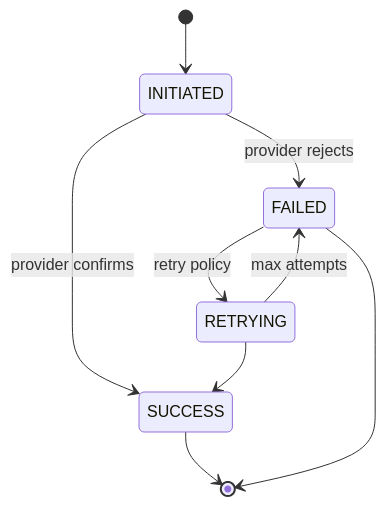
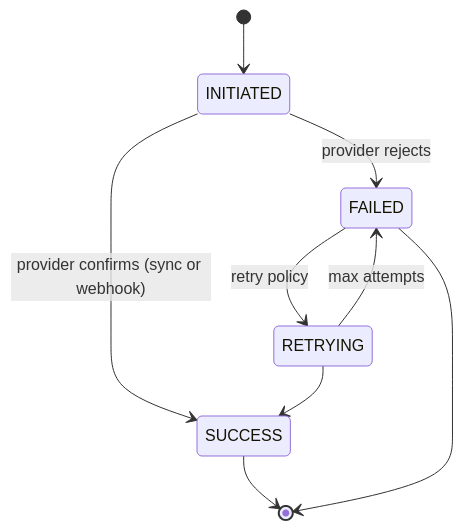
One commit to Aeomar999/Croe changed the diagram in for_agents/11-Payouts-Refunds.md. Above: the diagram before and after it, drawn with Mermaid. The commit also changed other lines of this file and 8 other files, not shown here.

````diff
--- a/for_agents/11-Payouts-Refunds.md
+++ b/for_agents/11-Payouts-Refunds.md
@@ -29,11 +49,11 @@
 ```mermaid
 stateDiagram-v2
     [*] --> INITIATED
-    INITIATED --> SUCCESS : provider confirms
+    INITIATED --> SUCCESS : provider confirms (sync or webhook)
     INITIATED --> FAILED : provider rejects
     FAILED --> RETRYING : retry policy
     RETRYING --> SUCCESS
     RETRYING --> FAILED : max attempts
     SUCCESS --> [*]
     FAILED --> [*]
 ```
````
